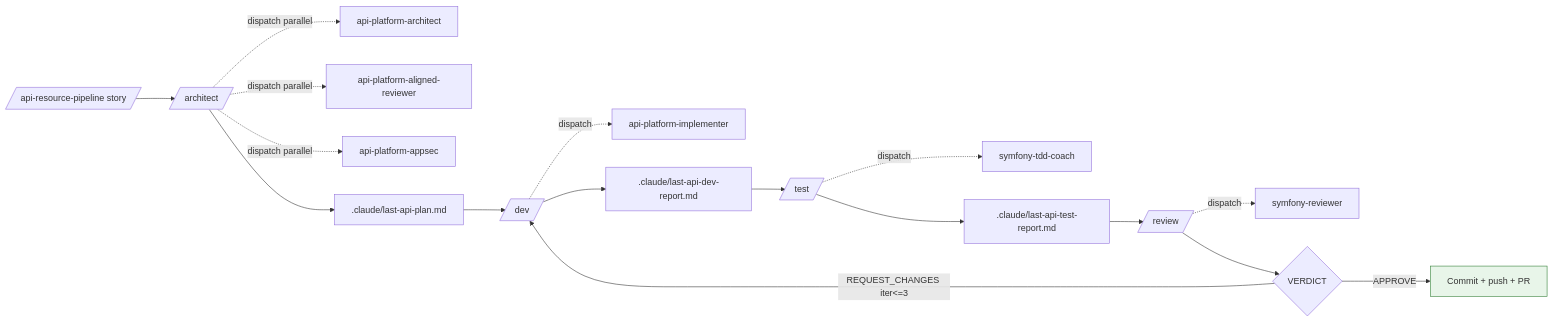
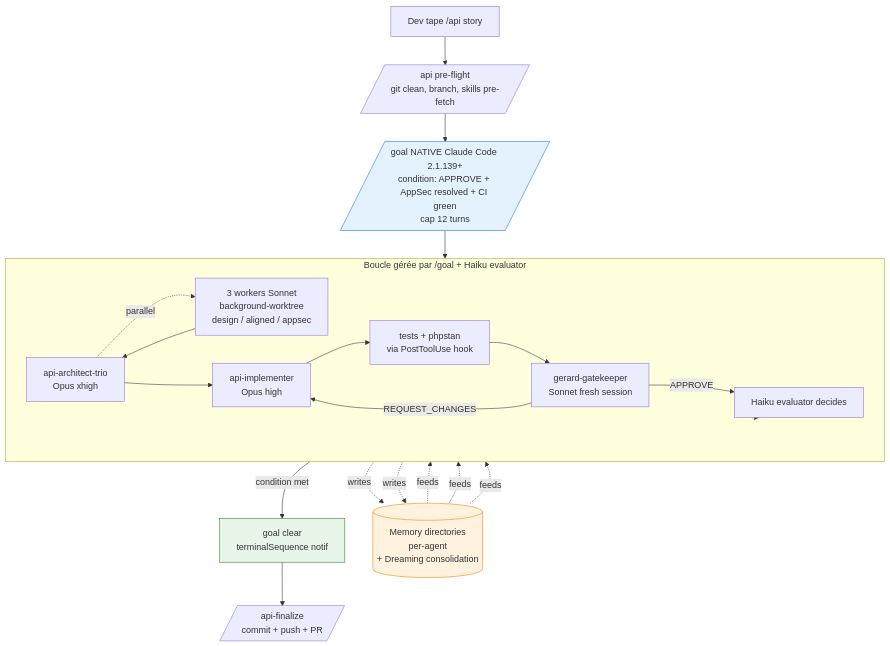
One commit to gerard-labs/superpowers-api-platform changed the diagram in README.md. Above: the diagram before and after it, drawn with Mermaid. The commit also changed other lines of this file and 13 other files, not shown here.

````diff
--- a/README.md
+++ b/README.md
@@ -7,21 +39,31 @@
 ```mermaid
-flowchart LR
-    User[/api-resource-pipeline story/] --> Arch[/architect/]
-    Arch -.dispatch parallel.-> P1[api-platform-architect]
-    Arch -.dispatch parallel.-> P2[api-platform-aligned-reviewer]
-    Arch -.dispatch parallel.-> P3[api-platform-appsec]
-    Arch --> Plan[.claude/last-api-plan.md]
-    Plan --> Dev[/dev/]
-    Dev -.dispatch.-> P4[api-platform-implementer]
-    Dev --> DevR[.claude/last-api-dev-report.md]
-    DevR --> Test[/test/]
-    Test -.dispatch.-> P5[symfony-tdd-coach]
-    Test --> TestR[.claude/last-api-test-report.md]
-    TestR --> Review[/review/]
-    Review -.dispatch.-> P6[symfony-reviewer]
-    Review --> Verdict{VERDICT}
-    Verdict -->|REQUEST_CHANGES iter<=3| Dev
-    Verdict -->|APPROVE| Done[Commit + push + PR]
+flowchart TB
+    User[Dev tape /api story] --> Pre[/api pre-flight<br/>git clean, branch, skills pre-fetch/]
+    Pre --> Goal[/goal NATIVE Claude Code 2.1.139+<br/>condition: APPROVE + AppSec resolved + CI green<br/>cap 12 turns/]
 
-    style Done fill:#e8f5e9,stroke:#2e7d32
+    subgraph Loop[Boucle gérée par /goal + Haiku evaluator]
+        direction LR
+        Arch[api-architect-trio<br/>Opus xhigh] -.parallel.-> Workers[3 workers Sonnet<br/>background-worktree<br/>design / aligned / appsec]
+        Workers --> Arch
+        Arch --> Impl[api-implementer<br/>Opus high]
+        Impl --> Coach[tests + phpstan<br/>via PostToolUse hook]
+        Coach --> Gate[gerard-gatekeeper<br/>Sonnet fresh session]
+        Gate -->|REQUEST_CHANGES| Impl
+        Gate -->|APPROVE| Eval
+    end
+
+    Goal --> Loop
+    Loop --> Eval[Haiku evaluator decides]
+    Eval -->|condition met| Clear[goal clear<br/>terminalSequence notif]
+    Clear --> Finalize[/api-finalize<br/>commit + push + PR/]
+
+    Mem[(Memory directories<br/>per-agent<br/>+ Dreaming consolidation)] -.feeds.-> Arch
+    Mem -.feeds.-> Impl
+    Mem -.feeds.-> Gate
+    Gate -.writes.-> Mem
+    Impl -.writes.-> Mem
+
+    style Goal fill:#e3f2fd,stroke:#1976d2
+    style Clear fill:#e8f5e9,stroke:#2e7d32
+    style Mem fill:#fff3e0,stroke:#f57c00
 ```
````
